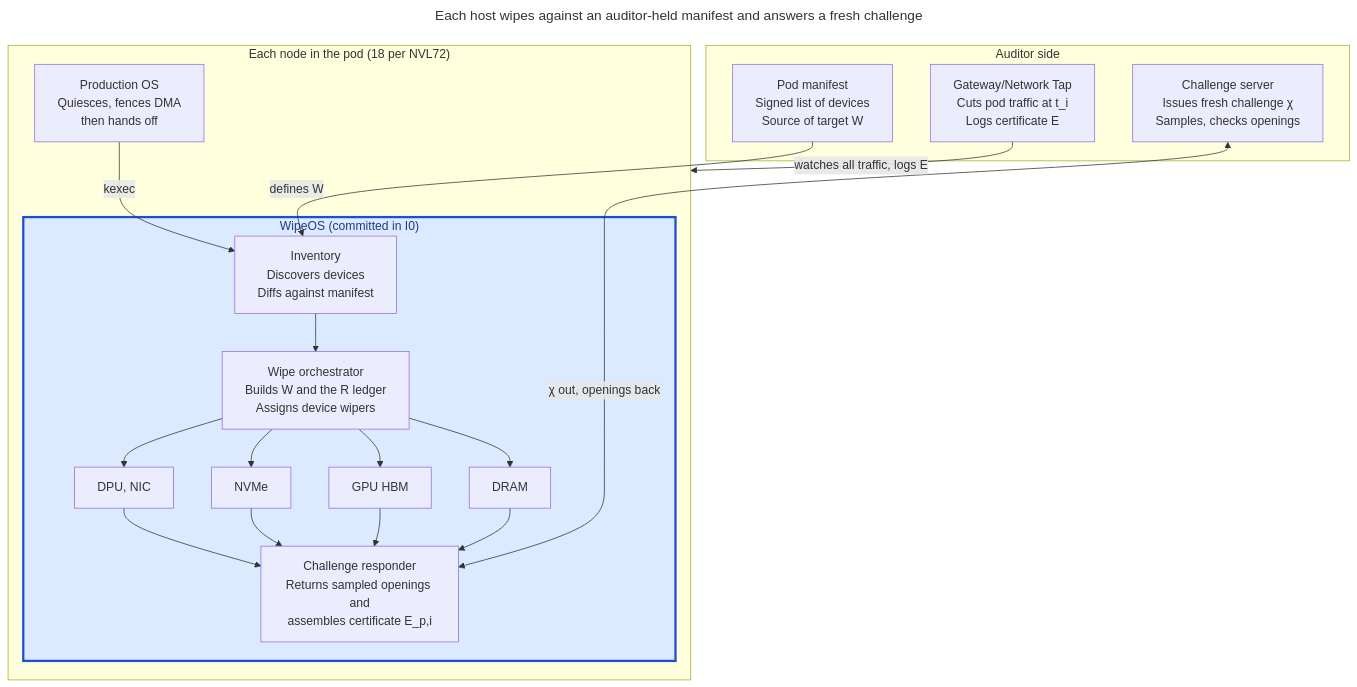
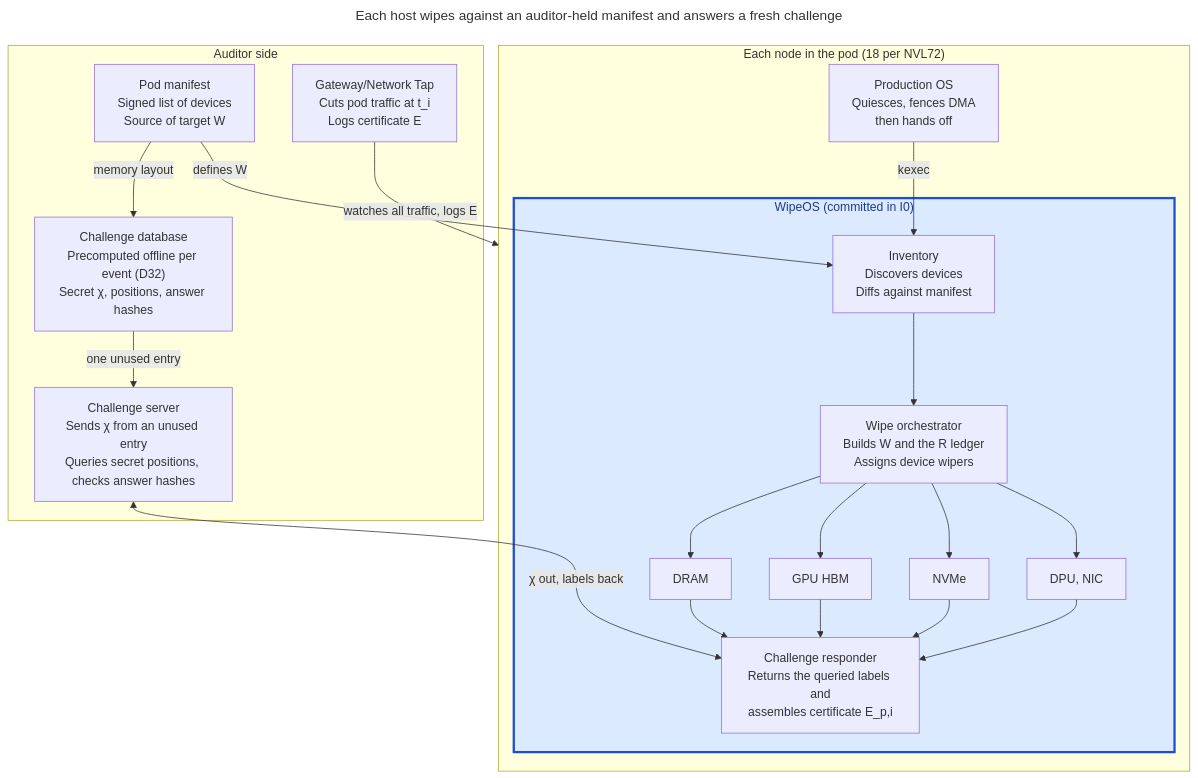
The diagram in docs/design.md (ztblick/wipeOS), drawn with Mermaid before and after one commit. The commit also changed other lines of this file and 4 other files, not shown here.

Commit message:
Adopt precomputed secret challenges for label verification (D32, supersedes D18); tick KR2.1, KR2.2

````diff
--- a/docs/design.md
+++ b/docs/design.md
@@ -67,41 +68,44 @@
 ```mermaid
 ---
 title: Each host wipes against an auditor-held manifest and answers a fresh challenge
 ---
 flowchart TB
     subgraph auditor["Auditor side"]
         manifest["Pod manifest<br/>Signed list of devices<br/>Source of target W"]
         tap["Gateway/Network Tap<br/>Cuts pod traffic at t_i<br/>Logs certificate E"]
-        chal["Challenge server<br/>Issues fresh challenge χ<br/>Samples, checks openings"]
+        precomp["Challenge database<br/>Precomputed offline per event (D32)<br/>Secret χ, positions, answer hashes"]
+        chal["Challenge server<br/>Sends χ from an unused entry<br/>Queries secret positions, checks answer hashes"]
     end
 
     subgraph podnode["Each node in the pod (18 per NVL72)"]
         prodos["Production OS<br/>Quiesces, fences DMA<br/>then hands off"]
         subgraph wipeos["WipeOS (committed in I0)"]
             inv["Inventory<br/>Discovers devices<br/>Diffs against manifest"]
             orch["Wipe orchestrator<br/>Builds W and the R ledger<br/>Assigns device wipers"]
             dram["DRAM"]
             hbm["GPU HBM"]
             nvme["NVMe"]
             nic["DPU, NIC"]
-            resp["Challenge responder<br/>Returns sampled openings and<br/>assembles certificate E_p,i"]
+            resp["Challenge responder<br/>Returns the queried labels and<br/>assembles certificate E_p,i"]
         end
     end
 
     manifest -->|"defines W"| inv
+    manifest -->|"memory layout"| precomp
+    precomp -->|"one unused entry"| chal
     tap -->|"watches all traffic, logs E"| podnode
-    chal <-->|"χ out, openings back"| resp
+    chal <-->|"χ out, labels back"| resp
     prodos -->|"kexec"| inv
     inv --> orch
     orch --> dram
     orch --> hbm
     orch --> nvme
     orch --> nic
     dram --> resp
     hbm --> resp
     nvme --> resp
     nic --> resp
 
     classDef committed fill:#dbeafe,stroke:#1d4ed8,stroke-width:3px,color:#1e3a8a
     class wipeos committed
 ```
````
